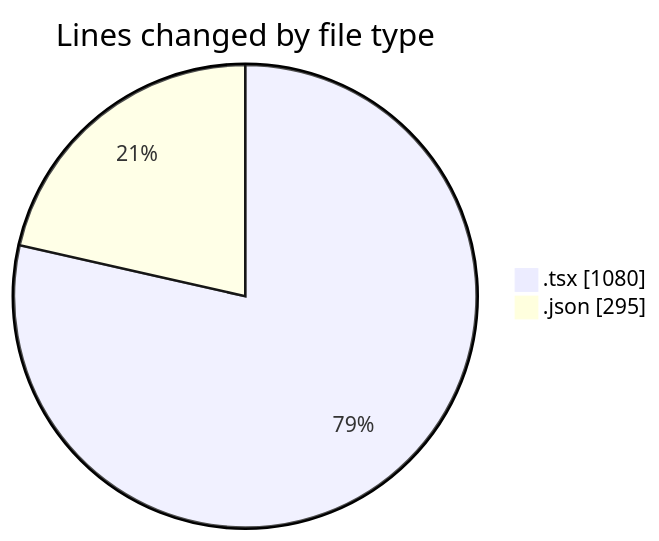
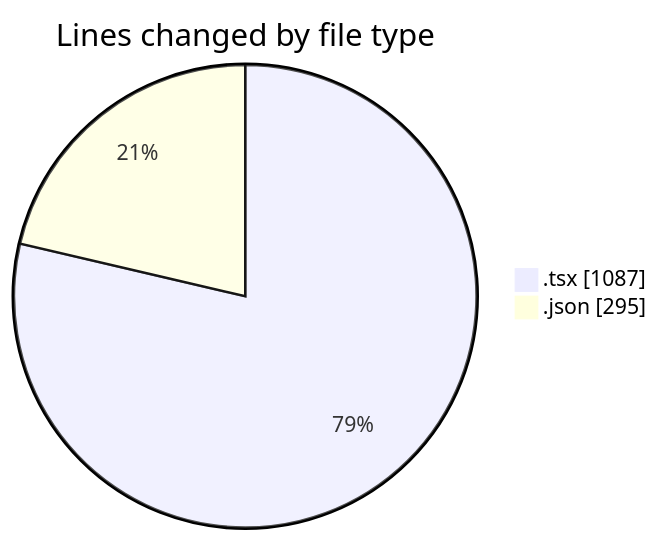
The first of 2 diagrams in 2025-10-11/eventscop-frontend-guide__workspace_/README.md (julien-gomy/code-tracking), drawn with Mermaid before and after one commit. The commit also changed other lines of this file and 1 other file, not shown here.

````diff
--- a/2025-10-11/eventscop-frontend-guide__workspace_/README.md
+++ b/2025-10-11/eventscop-frontend-guide__workspace_/README.md
@@ -28,6 +28,6 @@
 ```mermaid
 pie showData
 title Lines changed by file type
-".tsx" : 1080
+".tsx" : 1087
 ".json" : 295
 ```
````
